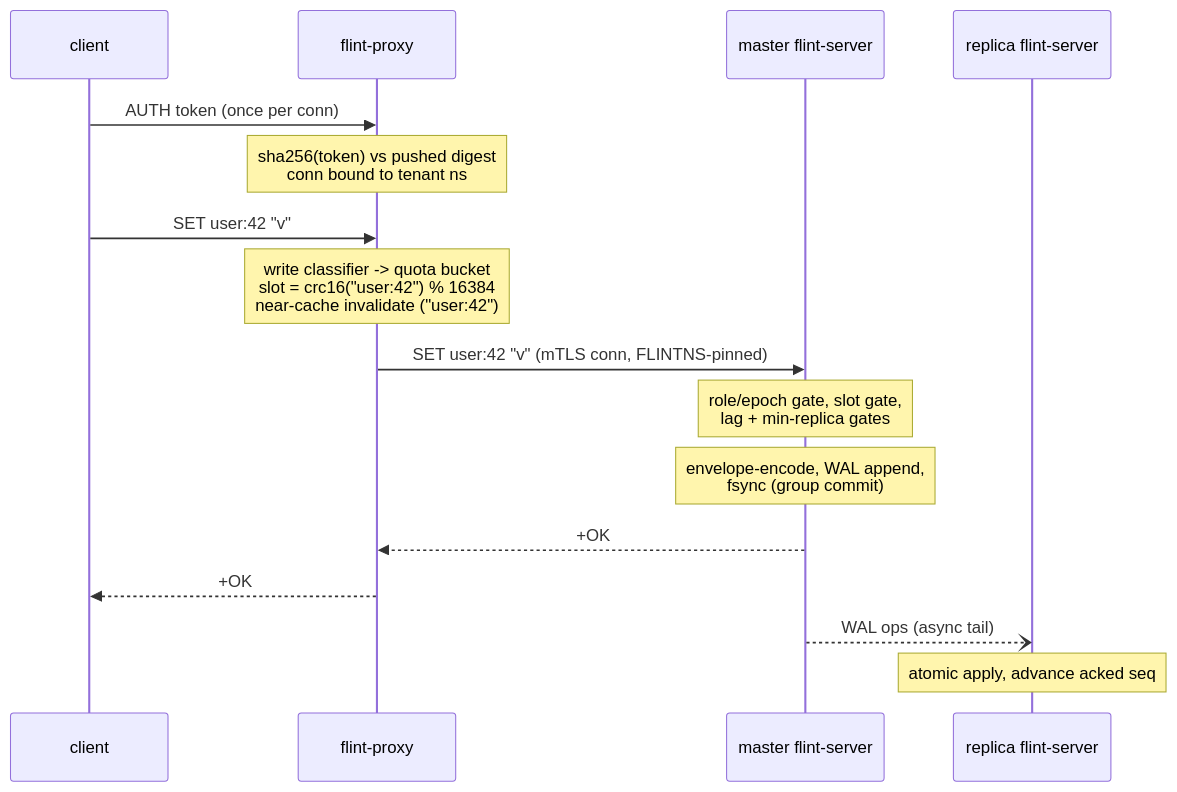
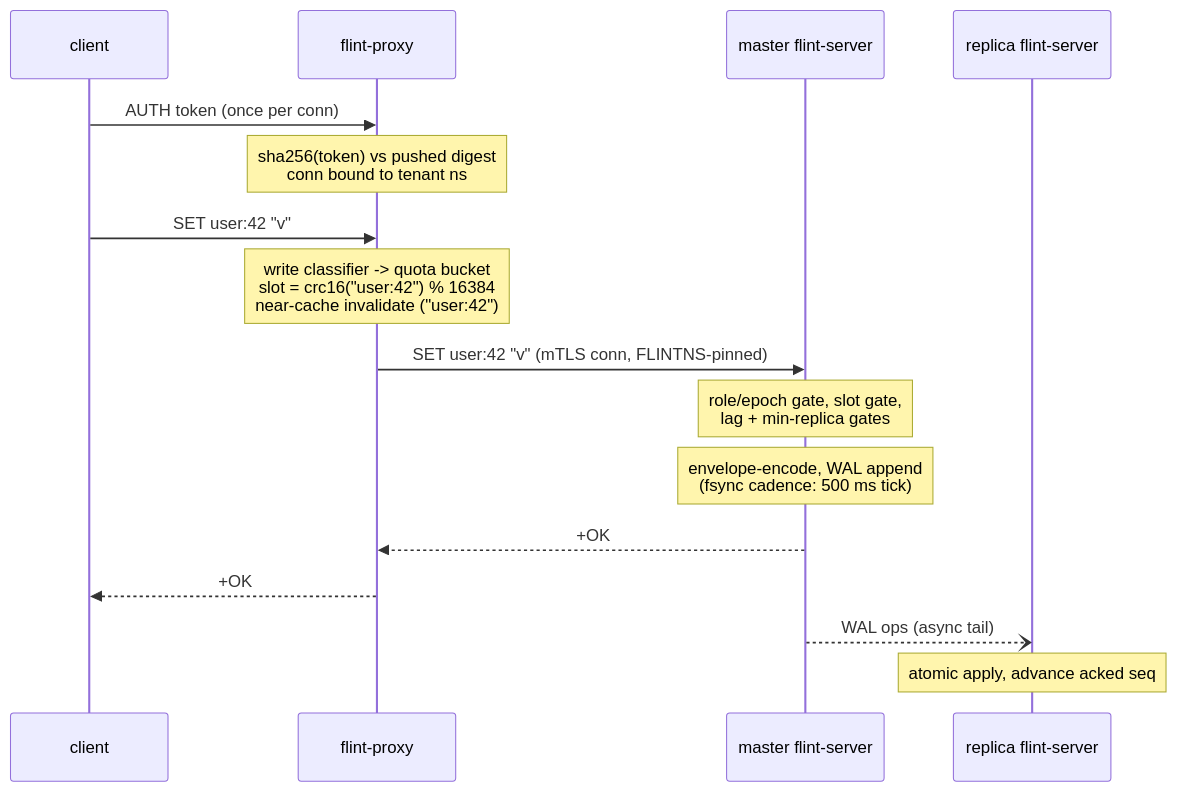
One commit to Crestway-AI-LLC/flint-cache changed the second of 3 diagrams in docs/architecture.md. Above: the diagram before and after it, drawn with Mermaid. The commit also changed other lines of this file and 3 other files, not shown here.

First line of the commit message:
Bounded-cadence WAL fsync: --wal-fsync-ms (default 500) bounds the host-loss window

````diff
--- a/docs/architecture.md
+++ b/docs/architecture.md
@@ -73,19 +73,19 @@
 ```mermaid
 sequenceDiagram
     participant C as client
     participant P as flint-proxy
     participant M as master flint-server
     participant R as replica flint-server
 
     C->>P: AUTH token (once per conn)
     Note over P: sha256(token) vs pushed digest<br/>conn bound to tenant ns
     C->>P: SET user:42 "v"
     Note over P: write classifier -> quota bucket<br/>slot = crc16("user:42") % 16384<br/>near-cache invalidate ("user:42")
     P->>M: SET user:42 "v" (mTLS conn, FLINTNS-pinned)
     Note over M: role/epoch gate, slot gate,<br/>lag + min-replica gates
-    Note over M: envelope-encode, WAL append,<br/>fsync (group commit)
+    Note over M: envelope-encode, WAL append<br/>(fsync cadence: 500 ms tick)
     M-->>P: +OK
     P-->>C: +OK
     M--)R: WAL ops (async tail)
     Note over R: atomic apply, advance acked seq
 ```
````
